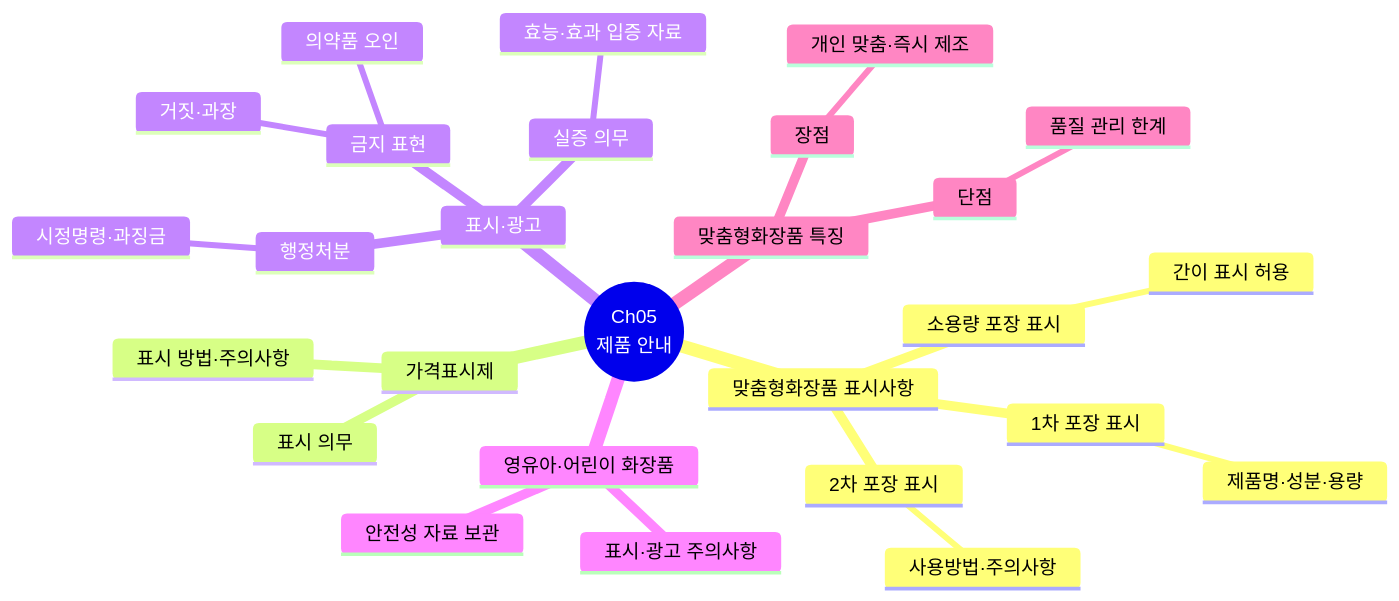
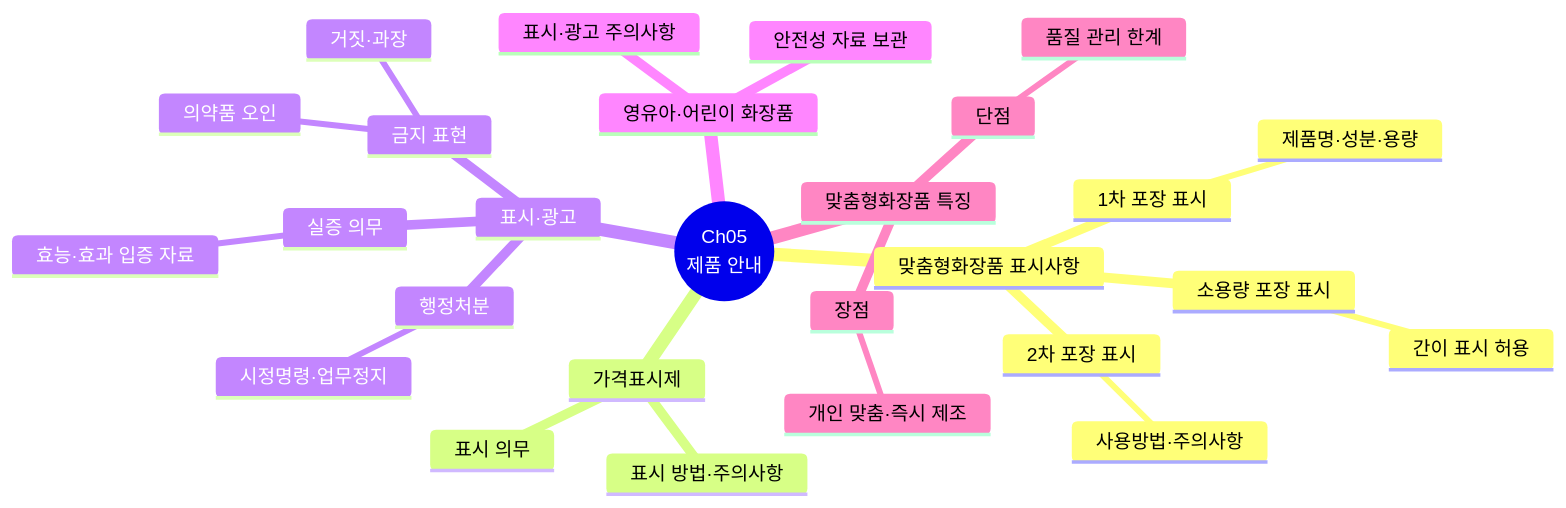
Before and after one commit to skygoldlee-cyber/Personalized_Skincare: diagram 17 of 23 in content/교재/understanding/4과목_맞춤형화장품의이해_이야기형.md, drawn with Mermaid. The commit also changed other lines of this file and 11 other files, not shown here.

````diff
--- a/content/교재/understanding/4과목_맞춤형화장품의이해_이야기형.md
+++ b/content/교재/understanding/4과목_맞춤형화장품의이해_이야기형.md
@@ -2718,30 +2718,30 @@
 ```mermaid
 mindmap
  root((Ch05<br/>제품 안내))
   맞춤형화장품 표시사항
    1차 포장 표시
     제품명·성분·용량
    2차 포장 표시
     사용방법·주의사항
    소용량 포장 표시
     간이 표시 허용
   가격표시제
    표시 의무
    표시 방법·주의사항
   표시·광고
    실증 의무
     효능·효과 입증 자료
    금지 표현
     의약품 오인
     거짓·과장
    행정처분
-    시정명령·과징금
+    시정명령·업무정지
   영유아·어린이 화장품
    표시·광고 주의사항
    안전성 자료 보관
   맞춤형화장품 특징
    장점
     개인 맞춤·즉시 제조
    단점
     품질 관리 한계
 ```
````
